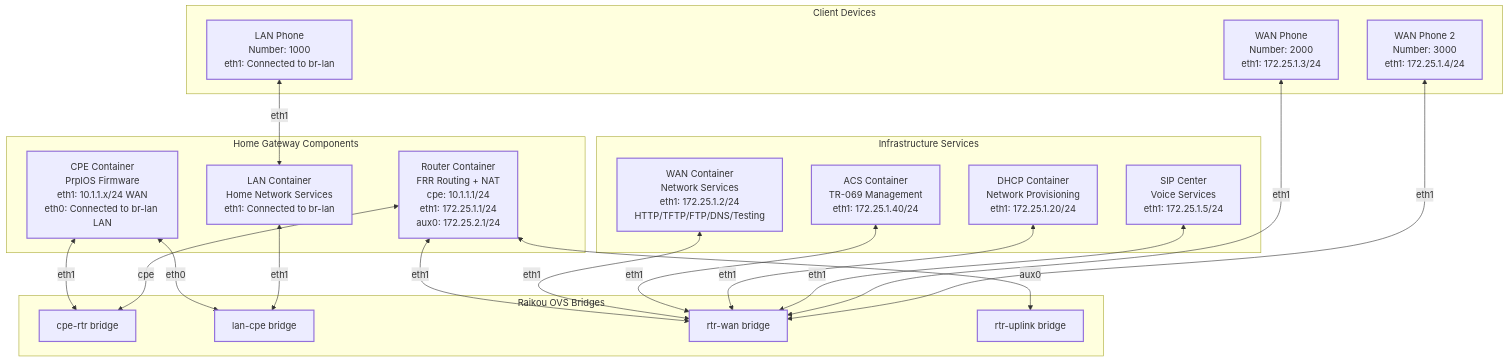
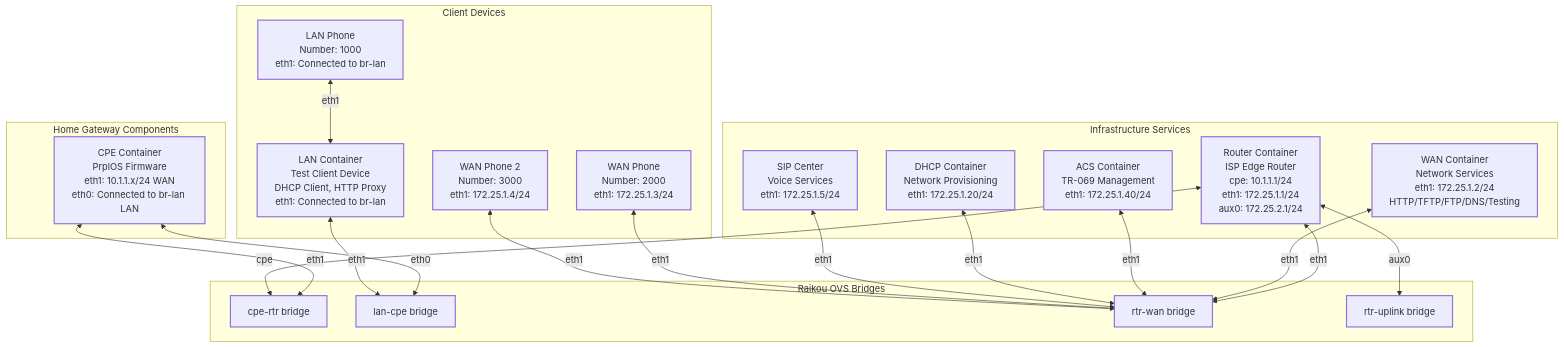
The second of 2 diagrams in docs/Testbed Network Topology.md (alottabits/boardfarm-bdd), drawn with Mermaid before and after one commit. The commit also changed other lines of this file and 10 other files, not shown here.

Commit message:
updating the topology where the router is utilized as the ISP Edge router sitting between the cpe (RPi) and the ISP cloud services (ACS, DHCP etc)

````diff
--- a/docs/Testbed Network Topology.md
+++ b/docs/Testbed Network Topology.md
@@ -79,57 +79,57 @@
 ```mermaid
 graph TB
     subgraph "Raikou OVS Bridges"
         BRIDGE_CPE_RTR[cpe-rtr bridge]
         BRIDGE_LAN_CPE[lan-cpe bridge]
         BRIDGE_RTR_WAN[rtr-wan bridge]
         BRIDGE_RTR_UPLINK[rtr-uplink bridge]
     end
-    
+
     subgraph "Home Gateway Components"
         CPE[CPE Container<br/>PrplOS Firmware<br/>eth1: 10.1.1.x/24 WAN<br/>eth0: Connected to br-lan LAN]
-        ROUTER[Router Container<br/>FRR Routing + NAT<br/>cpe: 10.1.1.1/24<br/>eth1: 172.25.1.1/24<br/>aux0: 172.25.2.1/24]
-        LAN[LAN Container<br/>Home Network Services<br/>eth1: Connected to br-lan]
     end
-    
+
     subgraph "Infrastructure Services"
+        ROUTER[Router Container<br/>ISP Edge Router<br/>cpe: 10.1.1.1/24<br/>eth1: 172.25.1.1/24<br/>aux0: 172.25.2.1/24]
         WAN[WAN Container<br/>Network Services<br/>eth1: 172.25.1.2/24<br/>HTTP/TFTP/FTP/DNS/Testing]
         ACS[ACS Container<br/>TR-069 Management<br/>eth1: 172.25.1.40/24]
         DHCP[DHCP Container<br/>Network Provisioning<br/>eth1: 172.25.1.20/24]
         SIP[SIP Center<br/>Voice Services<br/>eth1: 172.25.1.5/24]
     end
-    
+
     subgraph "Client Devices"
+        LAN[LAN Container<br/>Test Client Device<br/>DHCP Client, HTTP Proxy<br/>eth1: Connected to br-lan]
         LAN_PHONE[LAN Phone<br/>Number: 1000<br/>eth1: Connected to br-lan]
         WAN_PHONE[WAN Phone<br/>Number: 2000<br/>eth1: 172.25.1.3/24]
         WAN_PHONE2[WAN Phone 2<br/>Number: 3000<br/>eth1: 172.25.1.4/24]
     end
-    
+
     %% Raikou Bridge Connections
     CPE <-->|eth1| BRIDGE_CPE_RTR
     ROUTER <-->|cpe| BRIDGE_CPE_RTR
-    
+
     CPE <-->|eth0| BRIDGE_LAN_CPE
     LAN <-->|eth1| BRIDGE_LAN_CPE
     LAN_PHONE <-->|eth1| LAN
-    
+
     ROUTER <-->|eth1| BRIDGE_RTR_WAN
     WAN <-->|eth1| BRIDGE_RTR_WAN
     ACS <-->|eth1| BRIDGE_RTR_WAN
     DHCP <-->|eth1| BRIDGE_RTR_WAN
     SIP <-->|eth1| BRIDGE_RTR_WAN
     WAN_PHONE <-->|eth1| BRIDGE_RTR_WAN
     WAN_PHONE2 <-->|eth1| BRIDGE_RTR_WAN
-    
+
     ROUTER <-->|aux0| BRIDGE_RTR_UPLINK
-    
+
     %% Styling - Using default theme for automatic light/dark mode support
     classDef gateway stroke-width:2px
     classDef infrastructure stroke-width:2px
     classDef client stroke-width:2px
     classDef bridge stroke-width:2px
-    
-    class CPE,ROUTER,LAN gateway
-    class WAN,ACS,DHCP,SIP infrastructure
-    class LAN_PHONE,WAN_PHONE,WAN_PHONE2 client
+
+    class CPE gateway
+    class WAN,ACS,DHCP,SIP,ROUTER infrastructure
+    class LAN,LAN_PHONE,WAN_PHONE,WAN_PHONE2 client
     class BRIDGE_CPE_RTR,BRIDGE_LAN_CPE,BRIDGE_RTR_WAN,BRIDGE_RTR_UPLINK bridge
 ```
````
